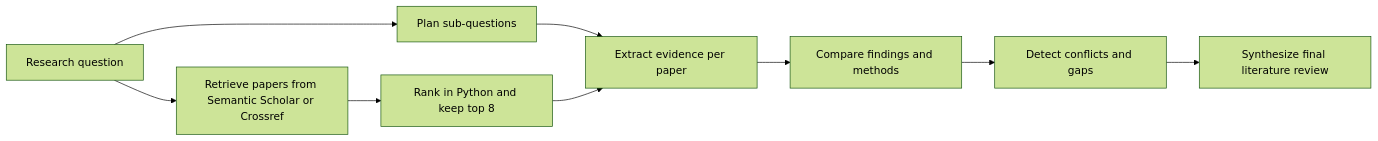
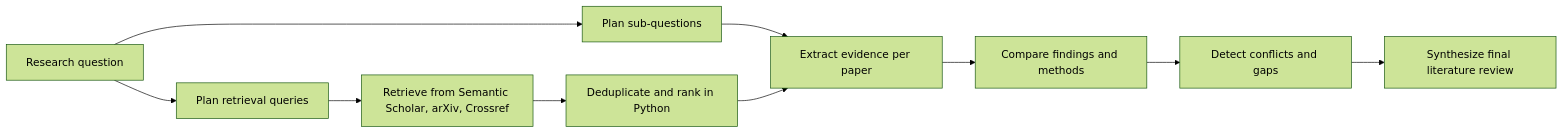
The diagram in README.md (hritik-tiwari/literature-review-agent), drawn with Mermaid (forest theme) before and after one commit. The commit also changed other lines of this file and 7 other files, not shown here.

````diff
--- a/README.md
+++ b/README.md
@@ -31,11 +32,12 @@
 ```mermaid
 flowchart LR
-    A["Research question"] --> B["Plan sub-questions"]
-    A --> C["Retrieve papers from Semantic Scholar or Crossref"]
-    C --> D["Rank in Python and keep top 8"]
-    B --> E["Extract evidence per paper"]
-    D --> E
-    E --> F["Compare findings and methods"]
-    F --> G["Detect conflicts and gaps"]
-    G --> H["Synthesize final literature review"]
+    A["Research question"] --> B["Plan retrieval queries"]
+    A --> C["Plan sub-questions"]
+    B --> D["Retrieve from Semantic Scholar, arXiv, Crossref"]
+    D --> E["Deduplicate and rank in Python"]
+    C --> F["Extract evidence per paper"]
+    E --> F
+    F --> G["Compare findings and methods"]
+    G --> H["Detect conflicts and gaps"]
+    H --> I["Synthesize final literature review"]
 ```
````
